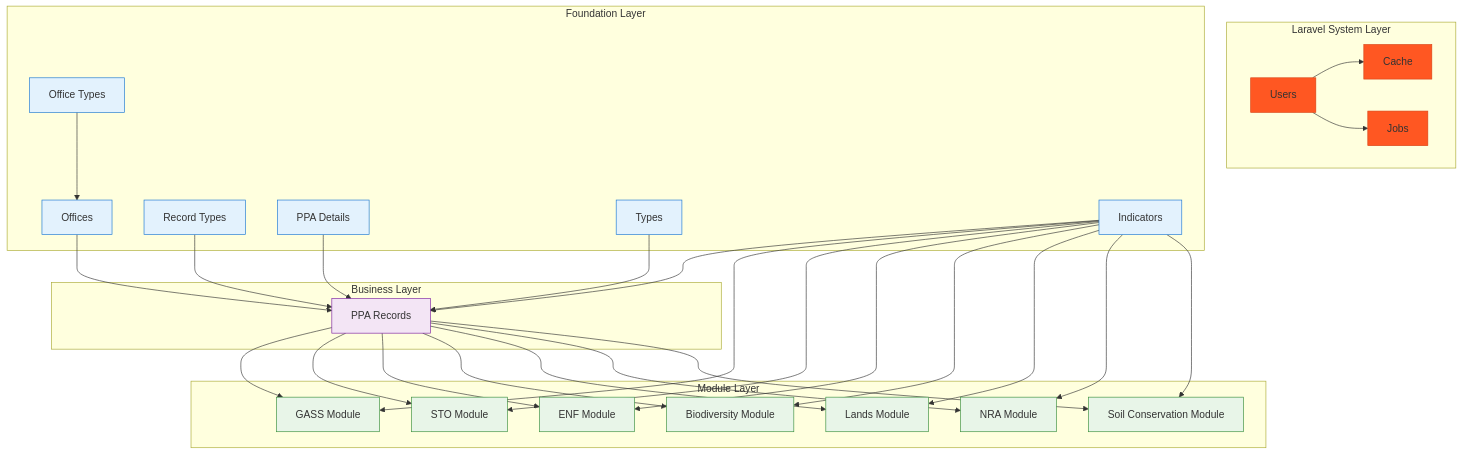
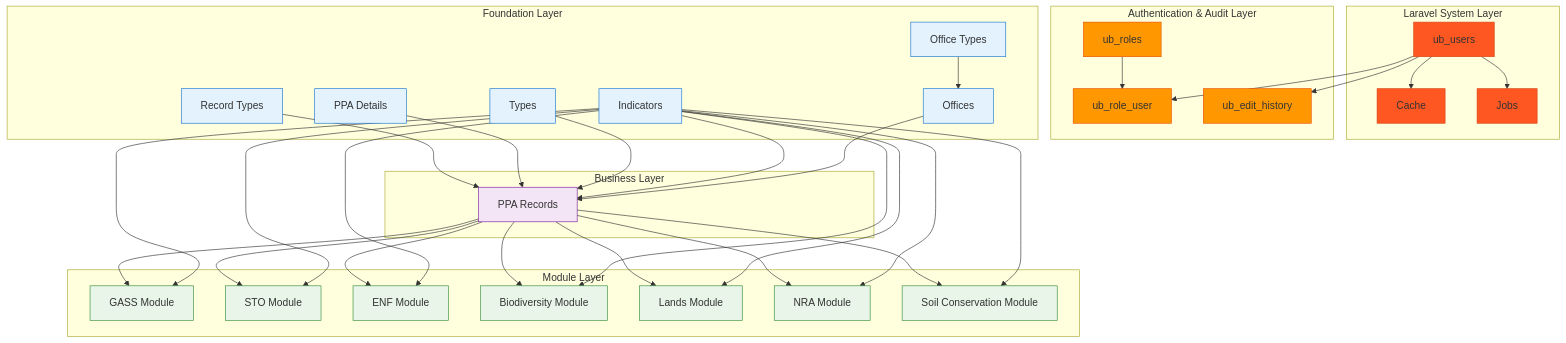
Diagram 12 of 12 in db-schema-and-diagram.md (brandon3sican/univ_base), drawn with Mermaid before and after one commit. The commit also changed other lines of this file and 3 other files, not shown here.

````diff
--- a/db-schema-and-diagram.md
+++ b/db-schema-and-diagram.md
@@ -598,64 +670,75 @@
 ```mermaid
 graph TB
     subgraph Laravel System Layer
-        U[Users]
+        U[ub_users]
         C[Cache]
         J[Jobs]
+    end
+    
+    subgraph Authentication & Audit Layer
+        R[ub_roles]
+        RU[ub_role_user]
+        EH[ub_edit_history]
     end
     
     subgraph Foundation Layer
         OT[Office Types]
         O[Offices]
         RT[Record Types]
         PD[PPA Details]
         T[Types]
         I[Indicators]
     end
     
     subgraph Business Layer
         P[PPA Records]
     end
     
     subgraph Module Layer
         GASS[GASS Module]
         STO[STO Module]
         ENF[ENF Module]
         BIO[Biodiversity Module]
         LAND[Lands Module]
         NRA[NRA Module]
         SOIL[Soil Conservation Module]
     end
     
     U --> C
     U --> J
+    U --> RU
+    R --> RU
+    U --> EH
     OT --> O
     RT --> P
     PD --> P
     T --> P
     I --> P
     O --> P
     P --> GASS
     P --> STO
     P --> ENF
     P --> BIO
     P --> LAND
     P --> NRA
     P --> SOIL
     I --> GASS
     I --> STO
     I --> ENF
     I --> BIO
     I --> LAND
     I --> NRA
     I --> SOIL
     
     classDef laravel fill:#ff5722,stroke:#d84315
+    classDef auth fill:#ff9800,stroke:#e65100
     classDef foundation fill:#e3f2fd,stroke:#1976d2
     classDef business fill:#f3e5f5,stroke:#7b1fa2
     classDef module fill:#e8f5e8,stroke:#388e3c
     
     class U,C,J laravel
+    class R,RU,EH auth
     class OT,O,RT,PD,T,I foundation
     class P business
     class GASS,STO,ENF,BIO,LAND,NRA,SOIL module
 ```
````
